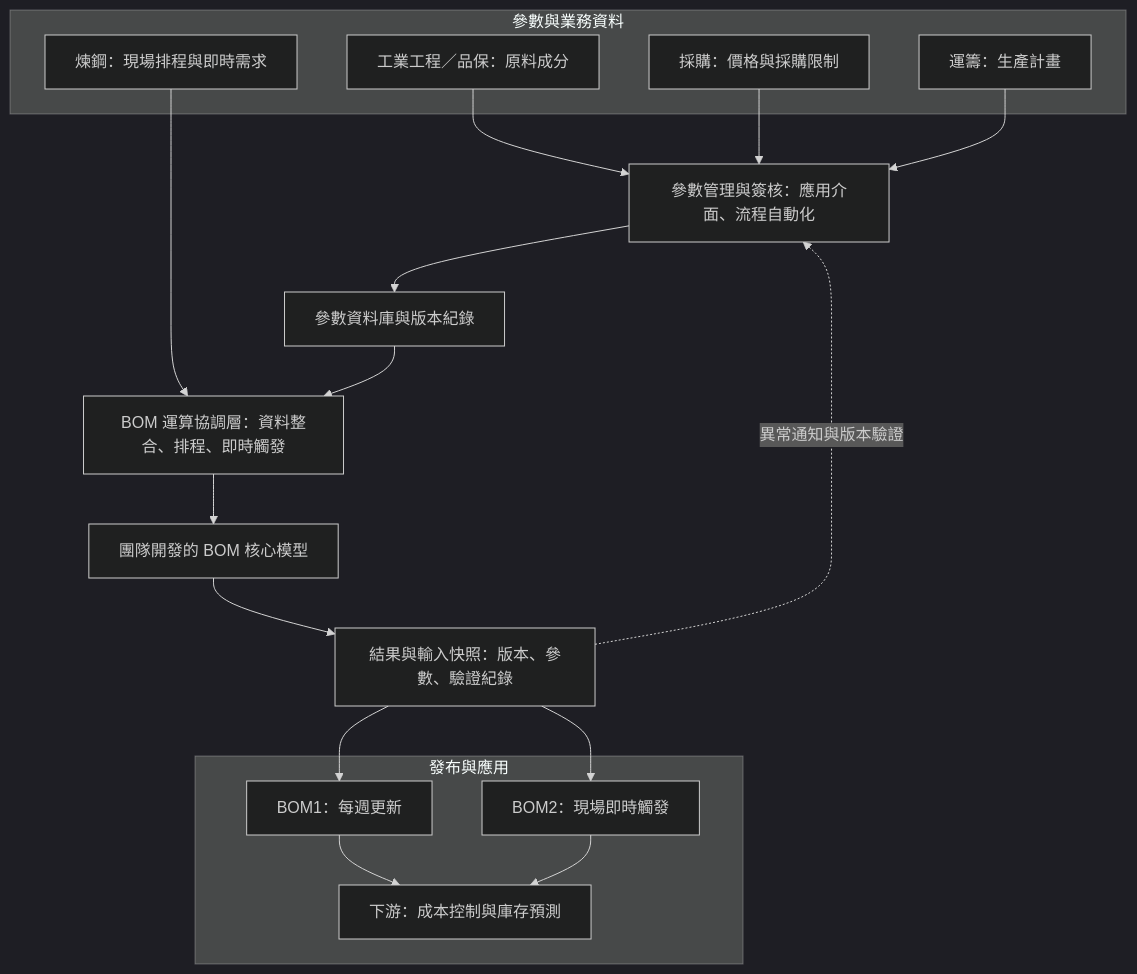
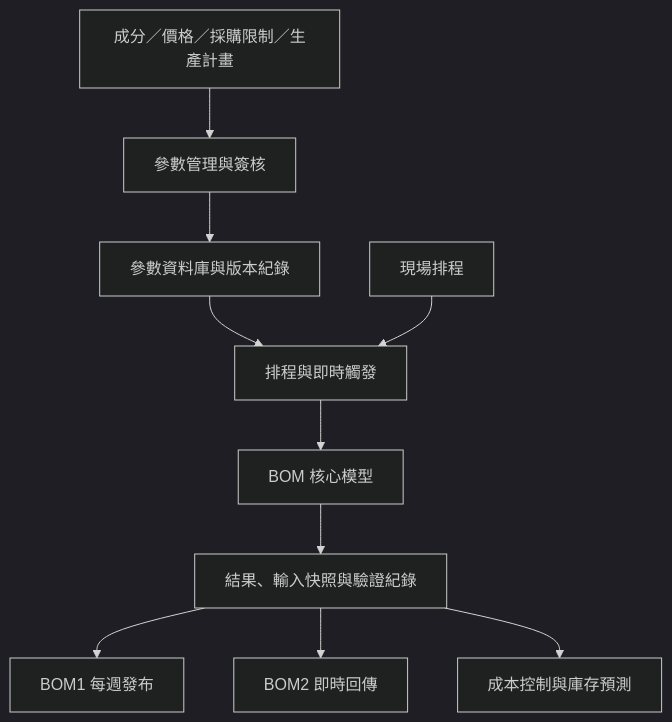
The diagram in README.md (ChienChienChien/BOM_Management_Platform), drawn with Mermaid (dark theme) before and after one commit. The commit also changed other lines of this file, not shown here.

````diff
--- a/README.md
+++ b/README.md
@@ -64,35 +41,12 @@
 ```mermaid
 flowchart TB
-    subgraph Owners[參數與業務資料]
-        A["工業工程／品保：原料成分"]
-        B["採購：價格與採購限制"]
-        C["運籌：生產計畫"]
-        D["煉鋼：現場排程與即時需求"]
-    end
-
-    E["參數管理與簽核：應用介面、流程自動化"]
-    F["參數資料庫與版本紀錄"]
-    G["BOM 運算協調層：資料整合、排程、即時觸發"]
-    H["團隊開發的 BOM 核心模型"]
-    I["結果與輸入快照：版本、參數、驗證紀錄"]
-
-    subgraph Outputs[發布與應用]
-        J["BOM1：每週更新"]
-        K["BOM2：現場即時觸發"]
-        L["下游：成本控制與庫存預測"]
-    end
-
-    A --> E
-    B --> E
-    C --> E
-    D --> G
-    E --> F
-    F --> G
-    G --> H
-    H --> I
-    I --> J
-    I --> K
-    J --> L
-    K --> L
-    I -. "異常通知與版本驗證" .-> E
+    A["成分／價格／採購限制／生產計畫"] --> E["參數管理與簽核"]
+    E --> F["參數資料庫與版本紀錄"]
+    F --> G["排程與即時觸發"]
+    H["現場排程"] --> G
+    G --> I["BOM 核心模型"]
+    I --> J["結果、輸入快照與驗證紀錄"]
+    J --> K["BOM1 每週發布"]
+    J --> L["BOM2 即時回傳"]
+    J --> M["成本控制與庫存預測"]
 ```
````
